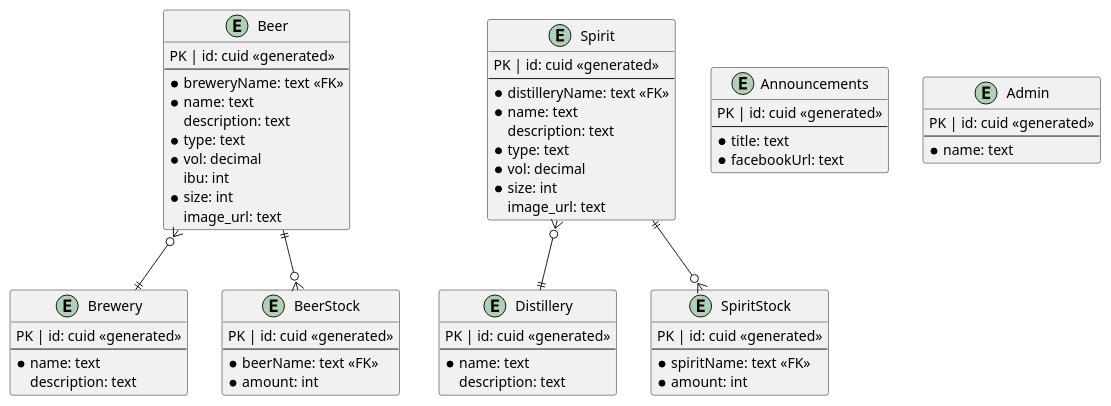
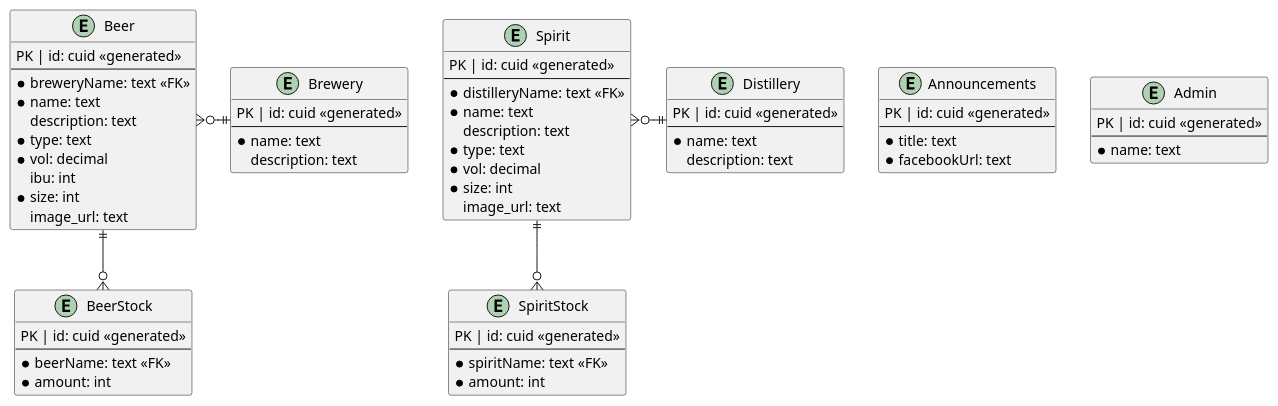
The diagram in Documentation/Diagrams/ER_diagram.puml (GutterneTheBois/smagen-af-oel), drawn with PlantUML before and after one commit. The commit also changed 1 other file, not shown here.

Commit message:
change to diagrams, png instead of svg

```diff
--- a/Documentation/Diagrams/ER_diagram.puml
+++ b/Documentation/Diagrams/ER_diagram.puml
@@ -1,75 +1,75 @@
 @startuml er_diagram
 
 entity Brewery {
     PK | id: cuid <<generated>>
     --
     * name: text
     description: text
 }
 
 entity Beer {
     PK | id: cuid <<generated>>
     --
     * breweryName: text <<FK>>
     * name: text
     description: text
     * type: text
     * vol: decimal
     ibu: int
     * size: int
     image_url: text
 }
 
 entity Distillery {
     PK | id: cuid <<generated>>
     --
     * name: text
     description: text
 }
 
 entity Spirit {
     PK | id: cuid <<generated>>
     --
     * distilleryName: text <<FK>>
     * name: text
     description: text
     * type: text
     * vol: decimal
     * size: int
     image_url: text
 }
 
 entity BeerStock {
     PK | id: cuid <<generated>>
     --
     * beerName: text <<FK>>
     * amount: int
 }
 
 entity SpiritStock {
     PK | id: cuid <<generated>>
     --
     * spiritName: text <<FK>>
     * amount: int
 }
 
 entity Announcements {
     PK | id: cuid <<generated>>
     --
     * title: text
     * facebookUrl: text
 }
 
 entity Admin {
     PK | id: cuid <<generated>>
     --
     * name: text
 }
 
-Beer }o--|| Brewery
-Spirit }o--|| Distillery
+Beer }o-|| Brewery
+Spirit }o-|| Distillery
 
 Beer ||--o{ BeerStock
 Spirit ||--o{ SpiritStock
 
 @enduml
```
